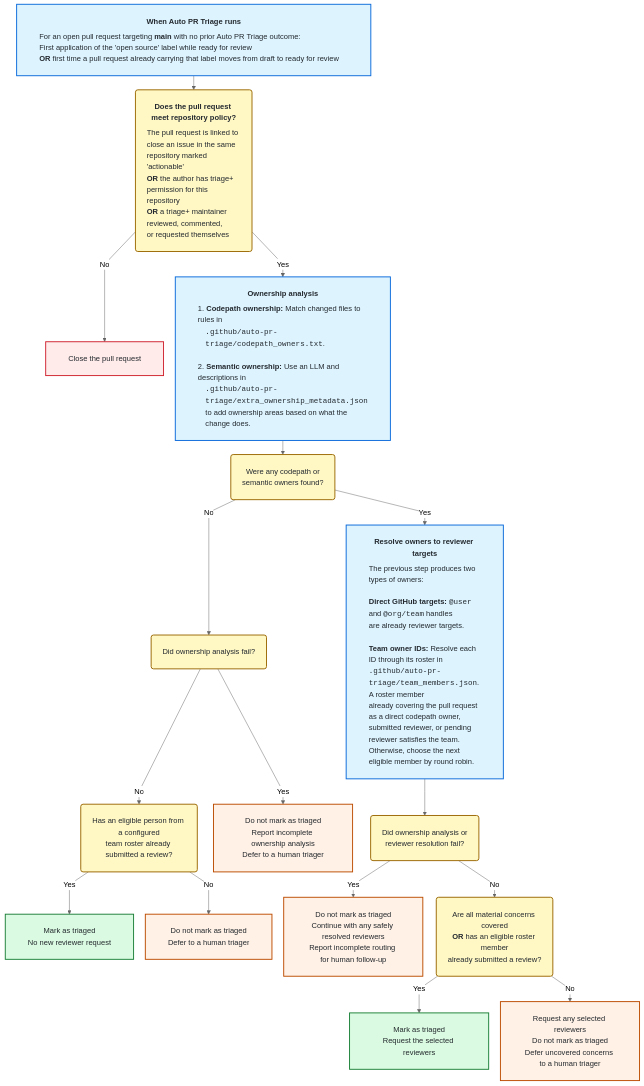
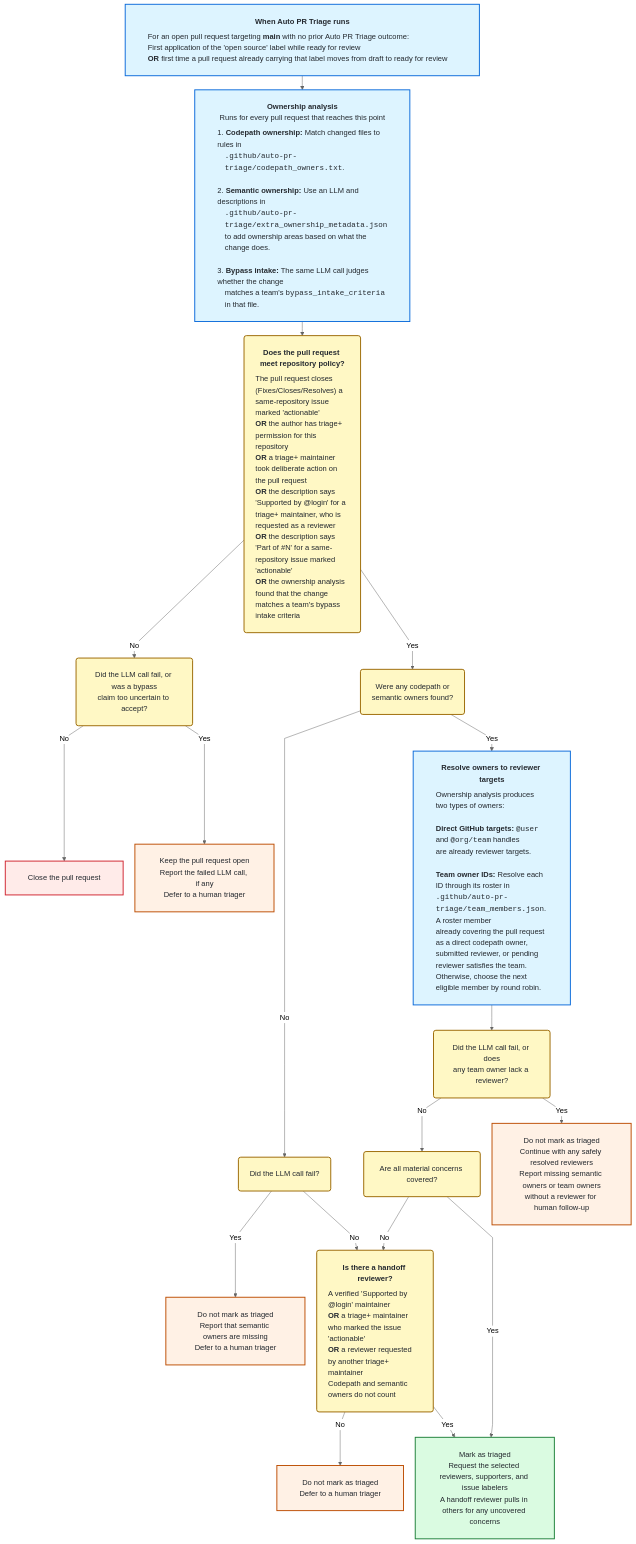
One commit to pytorch/pytorch changed the diagram in docs/auto-pr-triage-overview.mmd. Above: the diagram before and after it, drawn with Mermaid. The commit also changed 38 other files, not shown here.

```diff
--- a/docs/auto-pr-triage-overview.mmd
+++ b/docs/auto-pr-triage-overview.mmd
@@ -1,60 +1,61 @@
 %% Auto PR Triage user-facing decision flow.
 %% Regenerate from the repository root:
 %% npx -y @mermaid-js/mermaid-cli@10.9.1 -i docs/auto-pr-triage-overview.mmd -o docs/auto-pr-triage-overview.svg -b transparent
 %%{init: {"theme": "neutral", "themeCSS": ".nodeLabel, span.edgeLabel { display: inline-block; padding: 3px 12px 5px 3px; } .label foreignObject { overflow: visible; }", "flowchart": {"curve": "linear", "diagramPadding": 24, "htmlLabels": true, "nodeSpacing": 25, "padding": 24, "rankSpacing": 30}}}%%
 flowchart TB
   START["<div style='text-align:center'><b>When Auto PR Triage runs</b></div><div style='text-align:left;margin-top:8px;padding-right:20px;white-space:nowrap'>For an open pull request targeting <b>main</b> with no prior Auto PR Triage outcome:<br/>First application of the 'open source' label while ready for review<br/><b>OR</b> first time a pull request already carrying that label moves from draft to ready for review</div>"]
 
-  ENTRY("<div style='text-align:center'><b>Does the pull request meet repository policy?</b></div><div style='text-align:left;margin-top:8px'>The pull request is linked to close an issue in the same<br/>repository marked 'actionable'<br/><b>OR</b> the author has triage+ permission for this repository<br/><b>OR</b> a triage+ maintainer reviewed, commented,<br/>or requested themselves</div>")
+  ENTRY("<div style='text-align:center'><b>Does the pull request meet repository policy?</b></div><div style='text-align:left;margin-top:8px'>The pull request closes (Fixes/Closes/Resolves) a same-repository issue marked 'actionable'<br/><b>OR</b> the author has triage+ permission for this repository<br/><b>OR</b> a triage+ maintainer took deliberate action on the pull request<br/><b>OR</b> the description says 'Supported by @login' for a triage+ maintainer, who is requested as a reviewer<br/><b>OR</b> the description says 'Part of #N' for a same-repository issue marked 'actionable'<br/><b>OR</b> the ownership analysis found that the change matches a team's bypass intake criteria</div>")
   CLOSE["Close the pull request"]
+  NOT_ADMITTED_DOUBT("Did the LLM call fail, or was a bypass<br/>claim too uncertain to accept?")
+  KEEP_OPEN["Keep the pull request open<br/>Report the failed LLM call, if any<br/>Defer to a human triager"]
 
-  OWNERSHIP["<div style='text-align:center'><b>Ownership analysis</b></div><div style='text-align:left;margin-top:8px'>1. <b>Codepath ownership:</b> Match changed files to rules in<br/><span style='display:inline-block;padding-left:1em'><code>.github/auto-pr-triage/codepath_owners.txt</code>.</span><br/><br/>2. <b>Semantic ownership:</b> Use an LLM and descriptions in<br/><span style='display:inline-block;padding-left:1em'><code>.github/auto-pr-triage/extra_ownership_metadata.json</code></span><br/><span style='display:inline-block;padding-left:1em'>to add ownership areas based on what the change does.</span></div>"]
+  OWNERSHIP["<div style='text-align:center'><b>Ownership analysis</b></div><div style='text-align:center'>Runs for every pull request that reaches this point</div><div style='text-align:left;margin-top:8px'>1. <b>Codepath ownership:</b> Match changed files to rules in<br/><span style='display:inline-block;padding-left:1em'><code>.github/auto-pr-triage/codepath_owners.txt</code>.</span><br/><br/>2. <b>Semantic ownership:</b> Use an LLM and descriptions in<br/><span style='display:inline-block;padding-left:1em'><code>.github/auto-pr-triage/extra_ownership_metadata.json</code></span><br/><span style='display:inline-block;padding-left:1em'>to add ownership areas based on what the change does.</span><br/><br/>3. <b>Bypass intake:</b> The same LLM call judges whether the change<br/><span style='display:inline-block;padding-left:1em'>matches a team's <code>bypass_intake_criteria</code> in that file.</span></div>"]
   HAS_OWNERS("Were any codepath or<br/>semantic owners found?")
 
-  REVIEW_PLAN["<div style='text-align:center'><b>Resolve owners to reviewer targets</b></div><div style='text-align:left;margin-top:8px'>The previous step produces two types of owners:<br/><br/><b>Direct GitHub targets:</b> <code>@user</code> and <code>@org/team</code> handles<br/>are already reviewer targets.<br/><br/><b>Team owner IDs:</b> Resolve each ID through its roster in<br/><code>.github/auto-pr-triage/team_members.json</code>. A roster member<br/>already covering the pull request as a direct codepath owner,<br/>submitted reviewer, or pending reviewer satisfies the team.<br/>Otherwise, choose the next eligible member by round robin.</div>"]
-  ROUTING_FAILED("Did ownership analysis or<br/>reviewer resolution fail?")
-  COVERED_OR_HANDOFF("Are all material concerns covered<br/><b>OR</b> has an eligible roster member<br/>already submitted a review?")
+  REVIEW_PLAN["<div style='text-align:center'><b>Resolve owners to reviewer targets</b></div><div style='text-align:left;margin-top:8px'>Ownership analysis produces two types of owners:<br/><br/><b>Direct GitHub targets:</b> <code>@user</code> and <code>@org/team</code> handles<br/>are already reviewer targets.<br/><br/><b>Team owner IDs:</b> Resolve each ID through its roster in<br/><code>.github/auto-pr-triage/team_members.json</code>. A roster member<br/>already covering the pull request as a direct codepath owner,<br/>submitted reviewer, or pending reviewer satisfies the team.<br/>Otherwise, choose the next eligible member by round robin.</div>"]
+  ROUTING_FAILED("Did the LLM call fail, or does<br/>any team owner lack a reviewer?")
+  COVERED("Are all material concerns covered?")
+  HANDOFF("<div style='text-align:center'><b>Is there a handoff reviewer?</b></div><div style='text-align:left;margin-top:8px'>A verified 'Supported by @login' maintainer<br/><b>OR</b> a triage+ maintainer who marked the issue 'actionable'<br/><b>OR</b> a reviewer requested by another triage+ maintainer<br/>Codepath and semantic owners do not count</div>")
 
-  ANALYSIS_FAILED("Did ownership analysis fail?")
-  SUBMITTED("Has an eligible person from a configured<br/>team roster already submitted a review?")
-  HANDOFF["Mark as triaged<br/>No new reviewer request"]
+  ANALYSIS_FAILED("Did the LLM call fail?")
   HUMAN_TRIAGE["Do not mark as triaged<br/>Defer to a human triager"]
-  ANALYSIS_INCOMPLETE["Do not mark as triaged<br/>Report incomplete ownership analysis<br/>Defer to a human triager"]
-  ROUTING_INCOMPLETE["Do not mark as triaged<br/>Continue with any safely resolved reviewers<br/>Report incomplete routing for human follow-up"]
-  PARTIAL_ROUTING["Request any selected reviewers<br/>Do not mark as triaged<br/>Defer uncovered concerns to a human triager"]
+  ANALYSIS_INCOMPLETE["Do not mark as triaged<br/>Report that semantic owners are missing<br/>Defer to a human triager"]
+  ROUTING_INCOMPLETE["Do not mark as triaged<br/>Continue with any safely resolved reviewers<br/>Report missing semantic owners or team owners<br/>without a reviewer for human follow-up"]
 
-  ROUTED["Mark as triaged<br/>Request the selected reviewers"]
+  ROUTED["Mark as triaged<br/>Request the selected reviewers, supporters, and issue labelers<br/>A handoff reviewer pulls in others for any uncovered concerns"]
 
-  START --> ENTRY
+  START --> OWNERSHIP
+  OWNERSHIP --> ENTRY
 
-  ENTRY -- No --> CLOSE
+  ENTRY -- No --> NOT_ADMITTED_DOUBT
+  NOT_ADMITTED_DOUBT -- No --> CLOSE
+  NOT_ADMITTED_DOUBT -- Yes --> KEEP_OPEN
 
-  ENTRY -- Yes --> OWNERSHIP
-  OWNERSHIP --> HAS_OWNERS
-
+  ENTRY -- Yes --> HAS_OWNERS
   HAS_OWNERS -- No --> ANALYSIS_FAILED
-  ANALYSIS_FAILED -- No --> SUBMITTED
-  SUBMITTED -- Yes --> HANDOFF
-  SUBMITTED -- No --> HUMAN_TRIAGE
   ANALYSIS_FAILED -- Yes --> ANALYSIS_INCOMPLETE
+  ANALYSIS_FAILED -- No --> HANDOFF
 
   HAS_OWNERS -- Yes --> REVIEW_PLAN
   REVIEW_PLAN --> ROUTING_FAILED
+  ROUTING_FAILED -- No --> COVERED
   ROUTING_FAILED -- Yes --> ROUTING_INCOMPLETE
-  ROUTING_FAILED -- No --> COVERED_OR_HANDOFF
-  COVERED_OR_HANDOFF -- Yes --> ROUTED
-  COVERED_OR_HANDOFF -- No --> PARTIAL_ROUTING
+  COVERED -- No --> HANDOFF
+  COVERED -- Yes --> ROUTED
+  HANDOFF -- No --> HUMAN_TRIAGE
+  HANDOFF -- Yes --> ROUTED
 
   classDef start fill:#ddf4ff,stroke:#0969da,color:#24292f,stroke-width:2px
   classDef decision fill:#fff8c5,stroke:#9a6700,color:#24292f,stroke-width:2px
   classDef work fill:#ddf4ff,stroke:#0969da,color:#24292f,stroke-width:2px
   classDef close fill:#ffebe9,stroke:#cf222e,color:#24292f,stroke-width:2px
   classDef triaged fill:#dafbe1,stroke:#1a7f37,color:#24292f,stroke-width:2px
   classDef followup fill:#fff1e5,stroke:#bc4c00,color:#24292f,stroke-width:2px
 
   class START start
-  class ENTRY,HAS_OWNERS,ANALYSIS_FAILED,SUBMITTED,ROUTING_FAILED,COVERED_OR_HANDOFF decision
+  class ENTRY,NOT_ADMITTED_DOUBT,HAS_OWNERS,ANALYSIS_FAILED,ROUTING_FAILED,COVERED,HANDOFF decision
   class OWNERSHIP,REVIEW_PLAN work
   class CLOSE close
-  class HANDOFF,ROUTED triaged
-  class ANALYSIS_INCOMPLETE,ROUTING_INCOMPLETE,PARTIAL_ROUTING,HUMAN_TRIAGE followup
+  class ROUTED triaged
+  class ANALYSIS_INCOMPLETE,ROUTING_INCOMPLETE,HUMAN_TRIAGE,KEEP_OPEN followup
```
